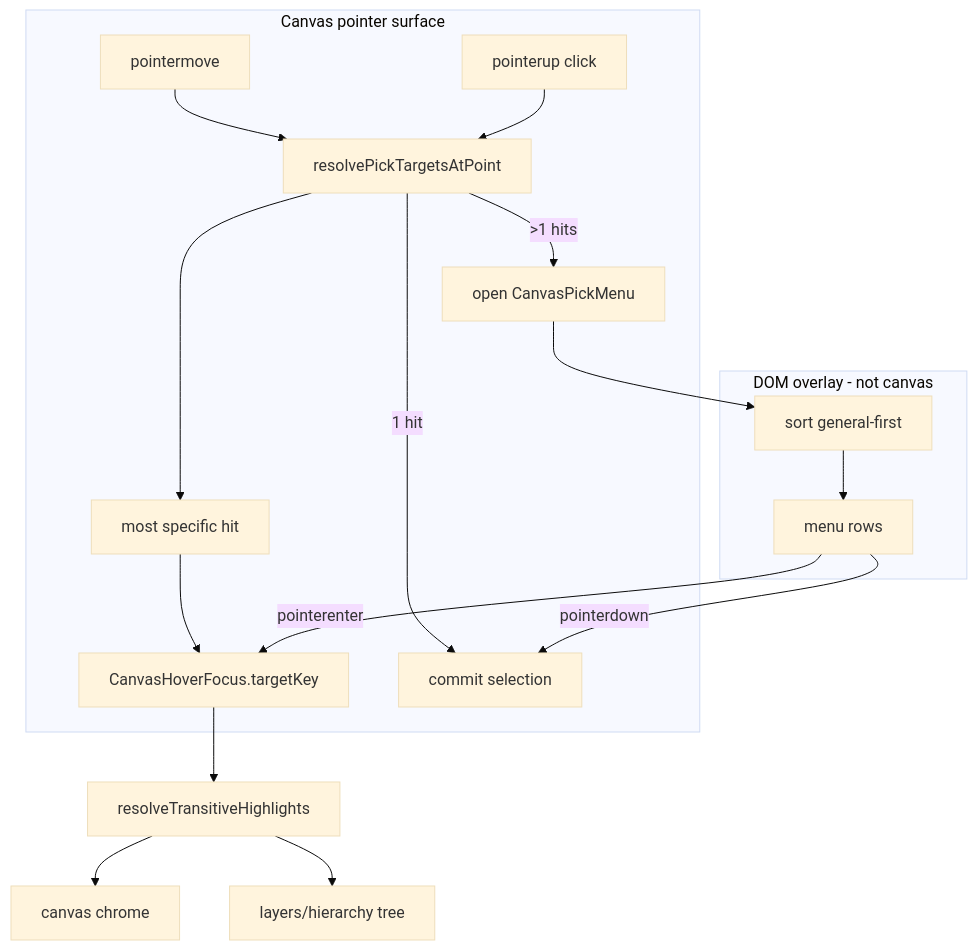
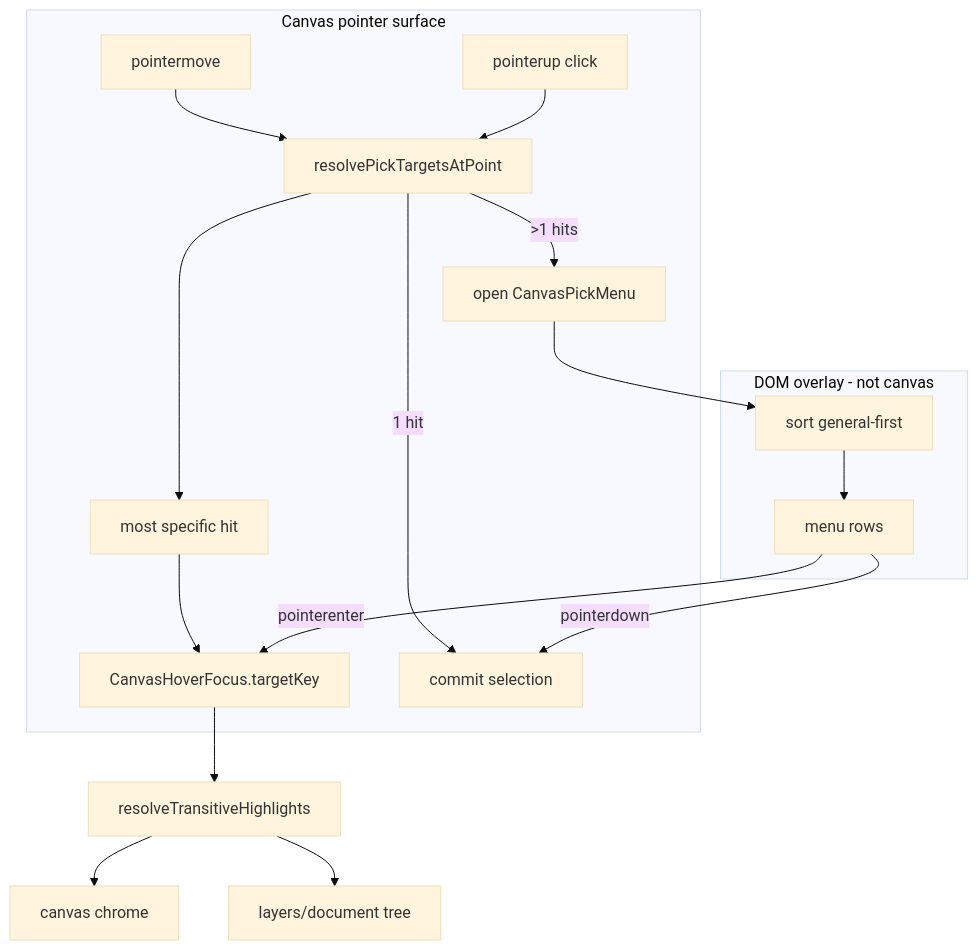
The diagram in .repo/🎫/26/07/01/CANVAS-PICK-DISAMBIGUATION/canvas_pick_disambiguation_6591da0a.plan.md (usalu/semio), drawn with Mermaid (base theme) before and after one commit. The commit also changed other lines of this file and 670 other files, not shown here.

````diff
--- a/.repo/🎫/26/07/01/CANVAS-PICK-DISAMBIGUATION/canvas_pick_disambiguation_6591da0a.plan.md
+++ b/.repo/🎫/26/07/01/CANVAS-PICK-DISAMBIGUATION/canvas_pick_disambiguation_6591da0a.plan.md
@@ -49,20 +49,20 @@
 ```mermaid
 flowchart TB
   subgraph canvas [Canvas pointer surface]
     move["pointermove"] --> resolveAll["resolvePickTargetsAtPoint"]
     resolveAll --> pickSpecific["most specific hit"]
     pickSpecific --> hoverFocus["CanvasHoverFocus.targetKey"]
     click["pointerup click"] --> resolveAll
     resolveAll -->|"1 hit"| select["commit selection"]
     resolveAll -->|">1 hits"| menu["open CanvasPickMenu"]
   end
   subgraph dom [DOM overlay - not canvas]
     menu --> sortGeneral["sort general-first"]
     sortGeneral --> listItems["menu rows"]
     listItems -->|"pointerenter"| hoverFocus
     listItems -->|"pointerdown"| select
   end
   hoverFocus --> transitive["resolveTransitiveHighlights"]
   transitive --> canvasHighlight["canvas chrome"]
-  transitive --> treeHighlight["layers/hierarchy tree"]
+  transitive --> treeHighlight["layers/document tree"]
 ```
````
